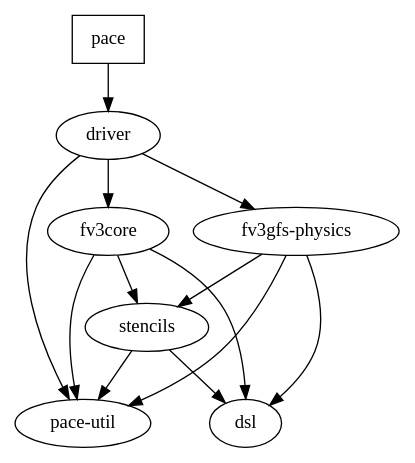
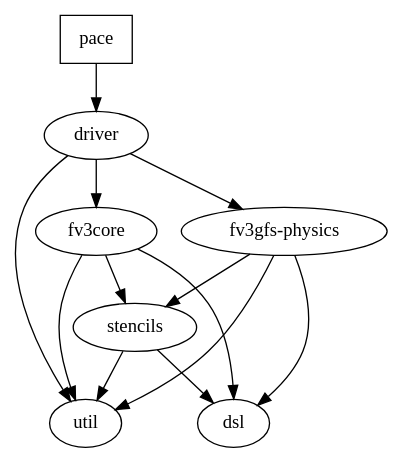
Before and after one commit to ai2cm/pace: the diagram in dependencies.dot, drawn with Graphviz. The commit also changed 191 other files, not shown here.

Commit message:
move pace-util to util, find and replace pace-util with util

```diff
--- a/dependencies.dot
+++ b/dependencies.dot
@@ -1,29 +1,29 @@
 # this dotfile is used as a reference source for project dependencies
 # each folder entry must have a "label" equal to its directory name
 #
 # If you update this file, please re-generate the svg with `make dependencies.svg`
 # and commit it to the repository
 
 digraph {
   pace [shape=box]
   fv3core [shape=oval, label="fv3core"]
   driver [shape=oval, label="driver"]
   physics [shape=oval, label="fv3gfs-physics"]
   stencils [shape=oval, label="stencils"]
-  util [shape=oval, label="pace-util"]
+  util [shape=oval, label="util"]
   dsl [shape=oval, label="dsl"]
 
   pace -> driver
   driver -> fv3core
   driver -> physics
   driver -> util
   fv3core -> util
   fv3core -> stencils
   fv3core -> dsl
   physics -> util
   physics -> stencils
   physics -> dsl
   stencils -> util
   stencils -> dsl
 
 }
```
